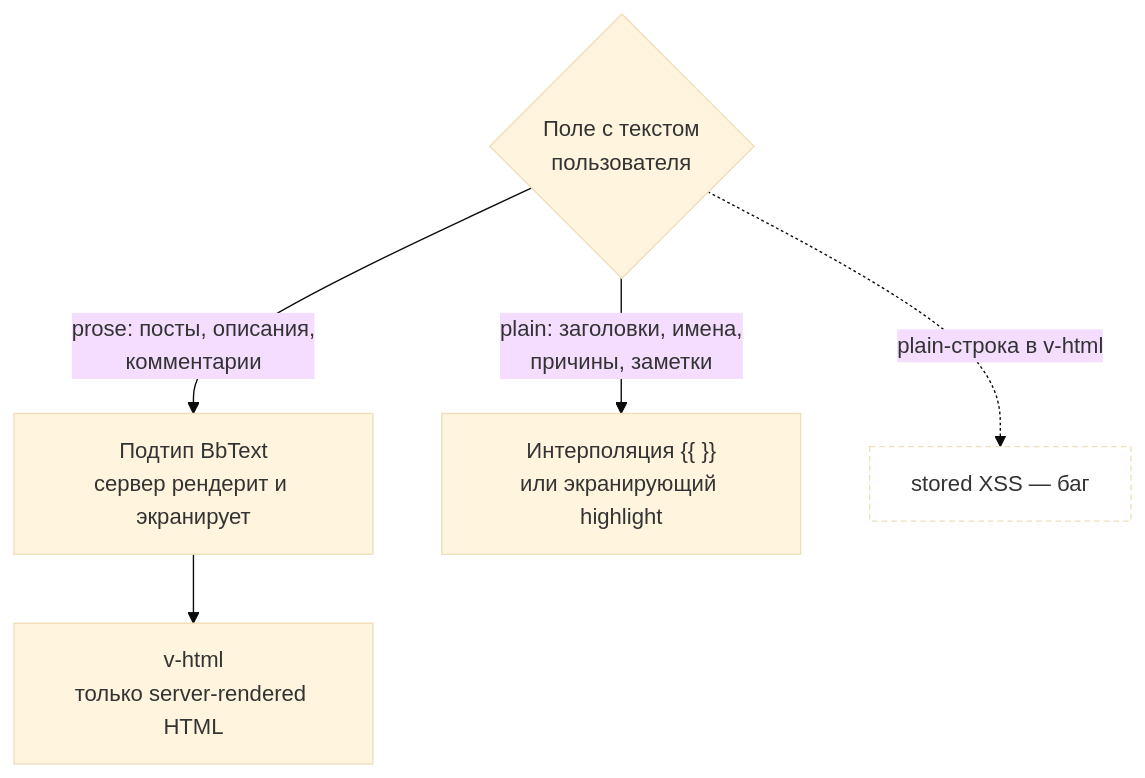
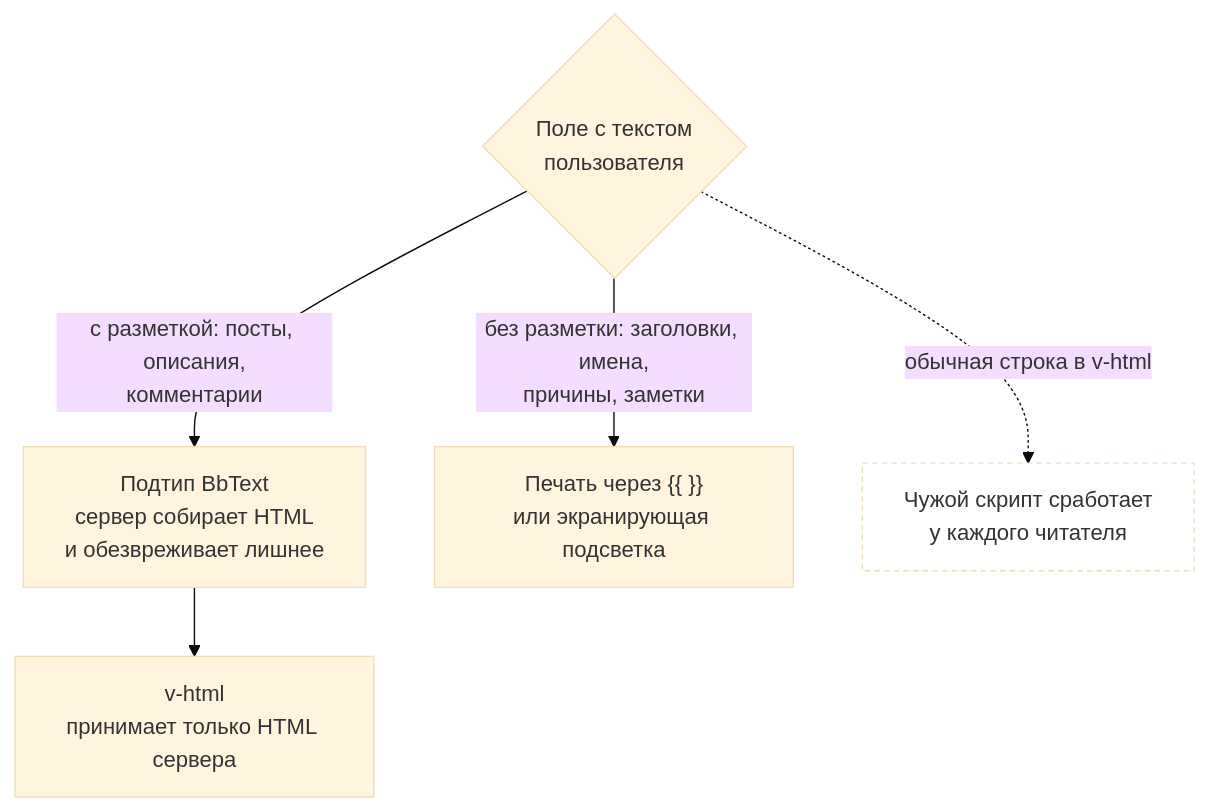
Before and after one commit to dm-am/dm3: the diagram in docs/architecture/BBCODE_RENDERING.md, drawn with Mermaid (base theme). The commit also changed other lines of this file and 1646 other files, not shown here.

````diff
--- a/docs/architecture/BBCODE_RENDERING.md
+++ b/docs/architecture/BBCODE_RENDERING.md
@@ -33,11 +73,11 @@
 ```mermaid
 flowchart TB
     f{"Поле с текстом<br/>пользователя"}
-    f -->|"prose: посты, описания,<br/>комментарии"| bb["Подтип BbText<br/>сервер рендерит и экранирует"]
-    bb --> vh["v-html<br/>только server-rendered HTML"]
-    f -->|"plain: заголовки, имена,<br/>причины, заметки"| esc["Интерполяция {{ }}<br/>или экранирующий highlight"]
-    f -.->|"plain-строка в v-html"| xss["stored XSS — баг"]
+    f -->|"с разметкой: посты, описания,<br/>комментарии"| bb["Подтип BbText<br/>сервер собирает HTML<br/>и обезвреживает лишнее"]
+    bb --> vh["v-html<br/>принимает только HTML сервера"]
+    f -->|"без разметки: заголовки, имена,<br/>причины, заметки"| esc["Печать через {{ }}<br/>или экранирующая подсветка"]
+    f -.->|"обычная строка в v-html"| xss["Чужой скрипт сработает<br/>у каждого читателя"]
 
     classDef bad fill:transparent,stroke-dasharray: 4 3
     class xss bad
 ```
````
